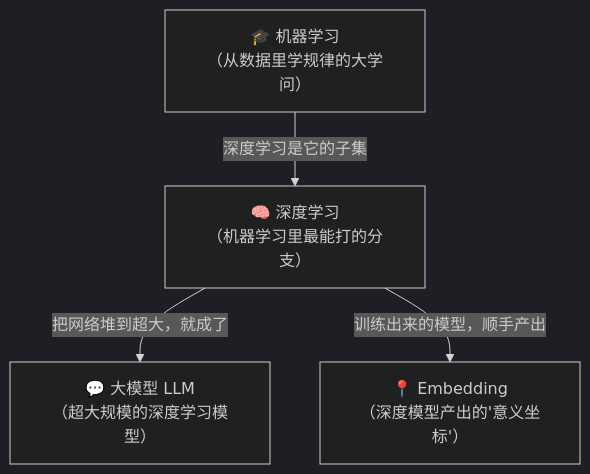
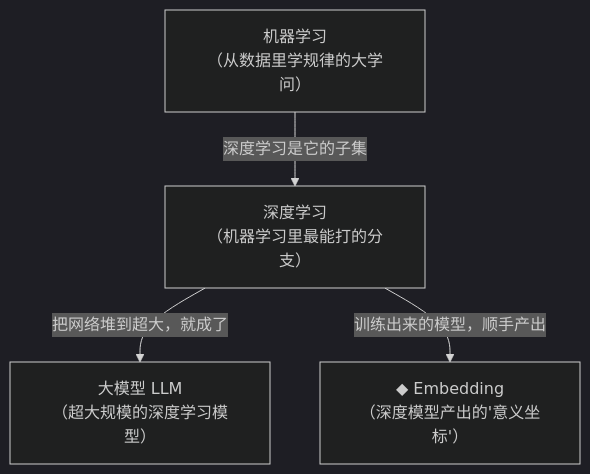
Before and after one commit to luckykhy/KhyAiHub: the eighth of 8 diagrams in docs/02_CONCEPTS_概念入门/CONCEPT/[CONCEPT-13] 什么是深度学习-DeepLearning.md, drawn with Mermaid (dark theme). The commit also changed other lines of this file and 19 other files, not shown here.

````diff
--- a/docs/02_CONCEPTS_概念入门/CONCEPT/[CONCEPT-13] 什么是深度学习-DeepLearning.md
+++ b/docs/02_CONCEPTS_概念入门/CONCEPT/[CONCEPT-13] 什么是深度学习-DeepLearning.md
@@ -284,10 +284,10 @@
 ```mermaid
 flowchart TB
-  ML["🎓 机器学习<br/>（从数据里学规律的大学问）"]
-  DL["🧠 深度学习<br/>（机器学习里最能打的分支）"]
-  LLM["💬 大模型 LLM<br/>（超大规模的深度学习模型）"]
-  EMB["📍 Embedding<br/>（深度模型产出的'意义坐标'）"]
+  ML["机器学习<br/>（从数据里学规律的大学问）"]
+  DL["深度学习<br/>（机器学习里最能打的分支）"]
+  LLM["大模型 LLM<br/>（超大规模的深度学习模型）"]
+  EMB["◆ Embedding<br/>（深度模型产出的'意义坐标'）"]
   ML -- "深度学习是它的子集" --> DL
   DL -- "把网络堆到超大，就成了" --> LLM
   DL -- "训练出来的模型，顺手产出" --> EMB
 ```
````
